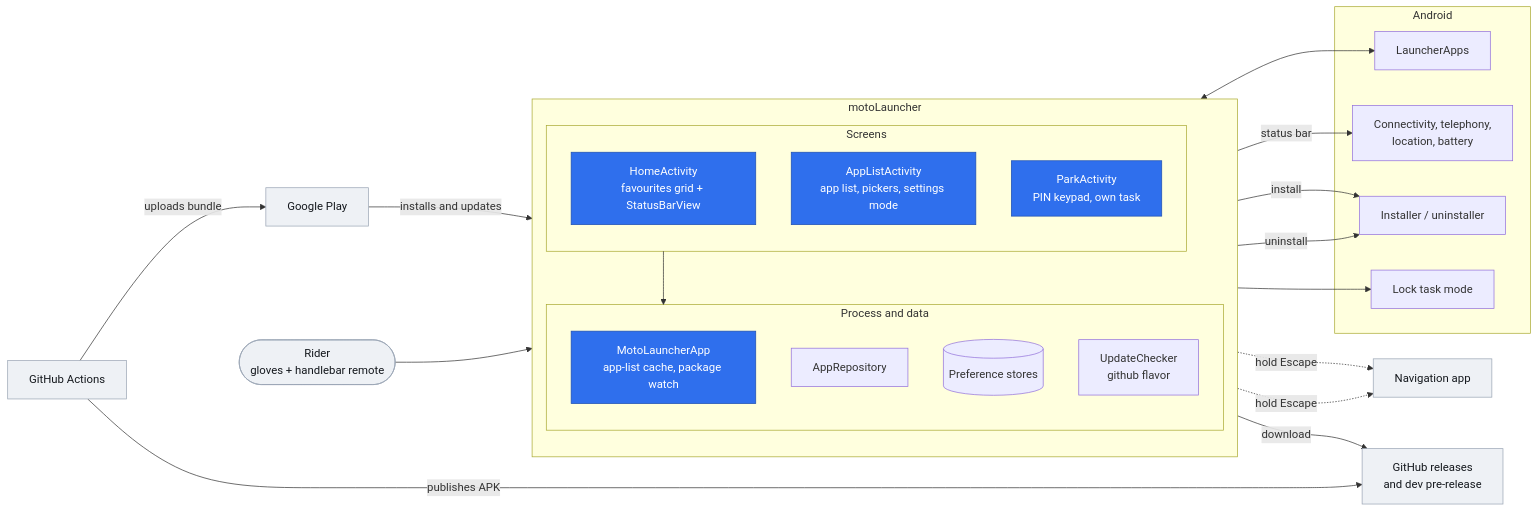
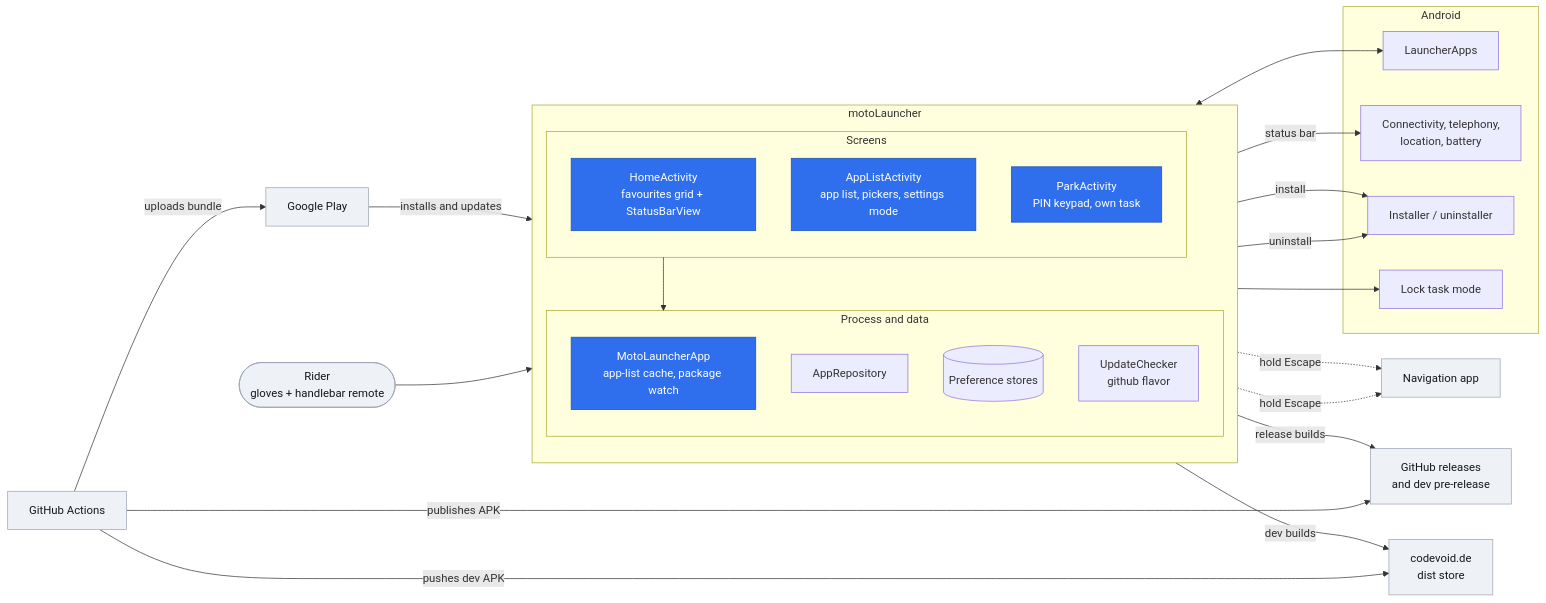
The first of 3 diagrams in .github/architecture.md (c0dev0id/motoLauncher), drawn with Mermaid before and after one commit. The commit also changed 11 other files, not shown here.

First line of the commit message:
Let dev builds update from the dist store

````diff
--- a/.github/architecture.md
+++ b/.github/architecture.md
@@ -7,50 +7,53 @@
 ```mermaid
 flowchart LR
     rider(["Rider<br/>gloves + handlebar remote"])
 
     subgraph launcher["motoLauncher"]
         direction TB
         subgraph screens["Screens"]
             home["HomeActivity<br/>favourites grid + StatusBarView"]
             list["AppListActivity<br/>app list, pickers, settings mode"]
             park["ParkActivity<br/>PIN keypad, own task"]
         end
         subgraph core["Process and data"]
             app["MotoLauncherApp<br/>app-list cache, package watch"]
             repo["AppRepository"]
             stores[("Preference stores")]
             update["UpdateChecker<br/>github flavor"]
         end
         screens --> core
     end
 
     subgraph android["Android"]
         la["LauncherApps"]
         sys["Connectivity, telephony,<br/>location, battery"]
         installer["Installer / uninstaller"]
         locktask["Lock task mode"]
     end
 
     nav["Navigation app"]
     gh["GitHub releases<br/>and dev pre-release"]
+    dist["codevoid.de<br/>dist store"]
     play["Google Play"]
     ci["GitHub Actions"]
 
     rider --> screens
     home -. hold Escape .-> nav
     list -. hold Escape .-> nav
     home -- status bar --> sys
     park --> locktask
     repo <--> la
     repo -- uninstall --> installer
     update -- install --> installer
-    update -- download --> gh
+    update -- release builds --> gh
+    update -- dev builds --> dist
     ci -- publishes APK --> gh
+    ci -- pushes dev APK --> dist
     ci -- uploads bundle --> play
     play -- installs and updates --> launcher
 
     classDef primary fill:#2F6FED,stroke:#1E4FB0,color:#FFFFFF
     classDef external fill:#EEF1F5,stroke:#9AA5B4,color:#14181D
     class home,list,park,app primary
-    class nav,gh,play,ci,rider external
+    class nav,gh,dist,play,ci,rider external
 ```
````
